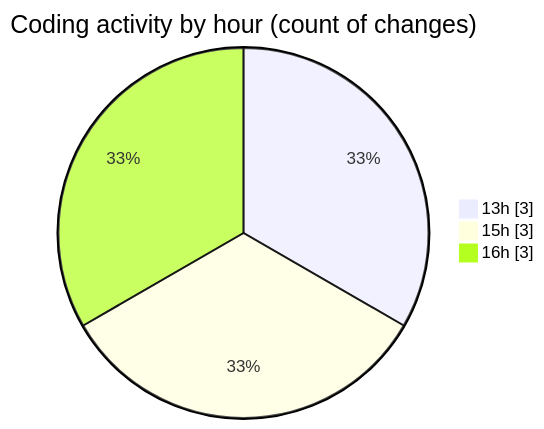
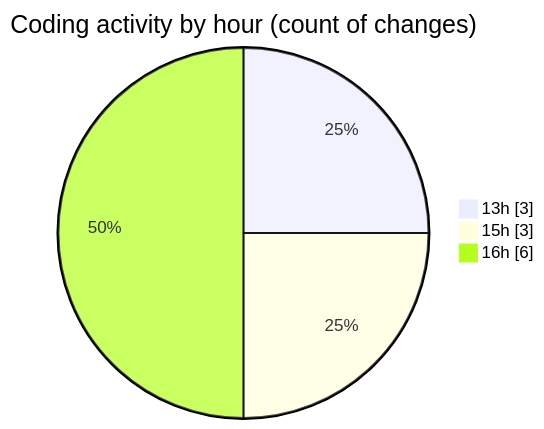
The second of 2 diagrams in 2026-02-25/nxtqube_webapp/README.md (nxtqubesakshisongat/code-tracking), drawn with Mermaid before and after one commit. The commit also changed other lines of this file and 1 other file, not shown here.

````diff
--- a/2026-02-25/nxtqube_webapp/README.md
+++ b/2026-02-25/nxtqube_webapp/README.md
@@ -29,7 +31,7 @@
 ```mermaid
 pie showData
 title Coding activity by hour (count of changes)
 "13h" : 3
 "15h" : 3
-"16h" : 3
+"16h" : 6
 ```
````
